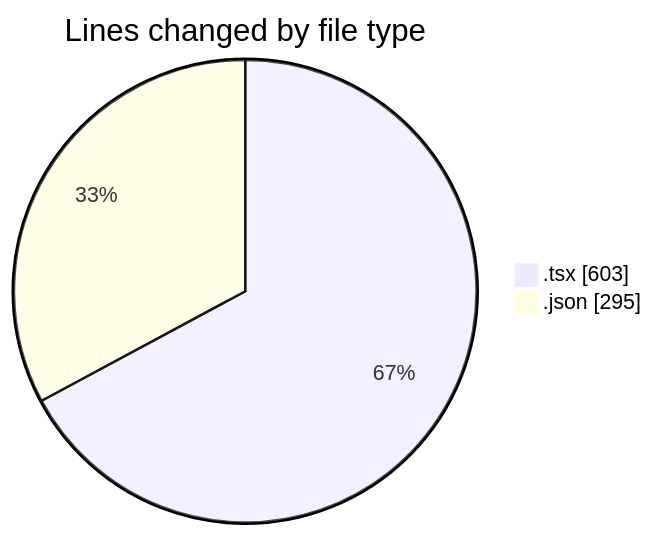
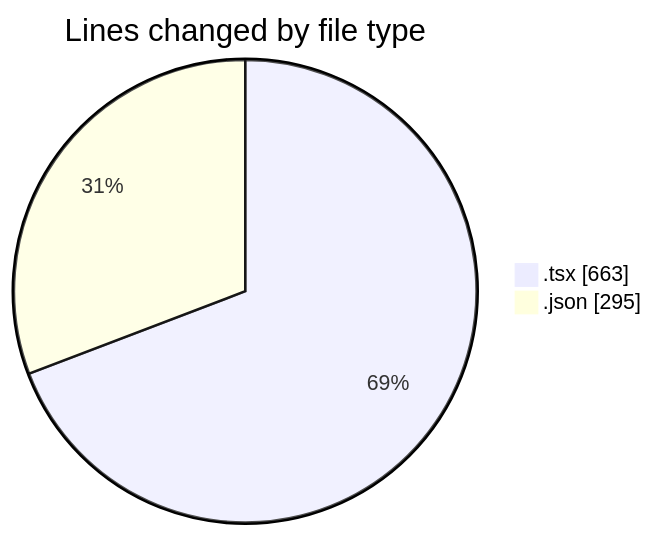
One commit to julien-gomy/code-tracking changed the first of 2 diagrams in 2025-10-11/eventscop-frontend-guide__workspace_/README.md. Above: the diagram before and after it, drawn with Mermaid. The commit also changed other lines of this file and 1 other file, not shown here.

````diff
--- a/2025-10-11/eventscop-frontend-guide__workspace_/README.md
+++ b/2025-10-11/eventscop-frontend-guide__workspace_/README.md
@@ -24,6 +25,6 @@
 ```mermaid
 pie showData
 title Lines changed by file type
-".tsx" : 603
+".tsx" : 663
 ".json" : 295
 ```
````
